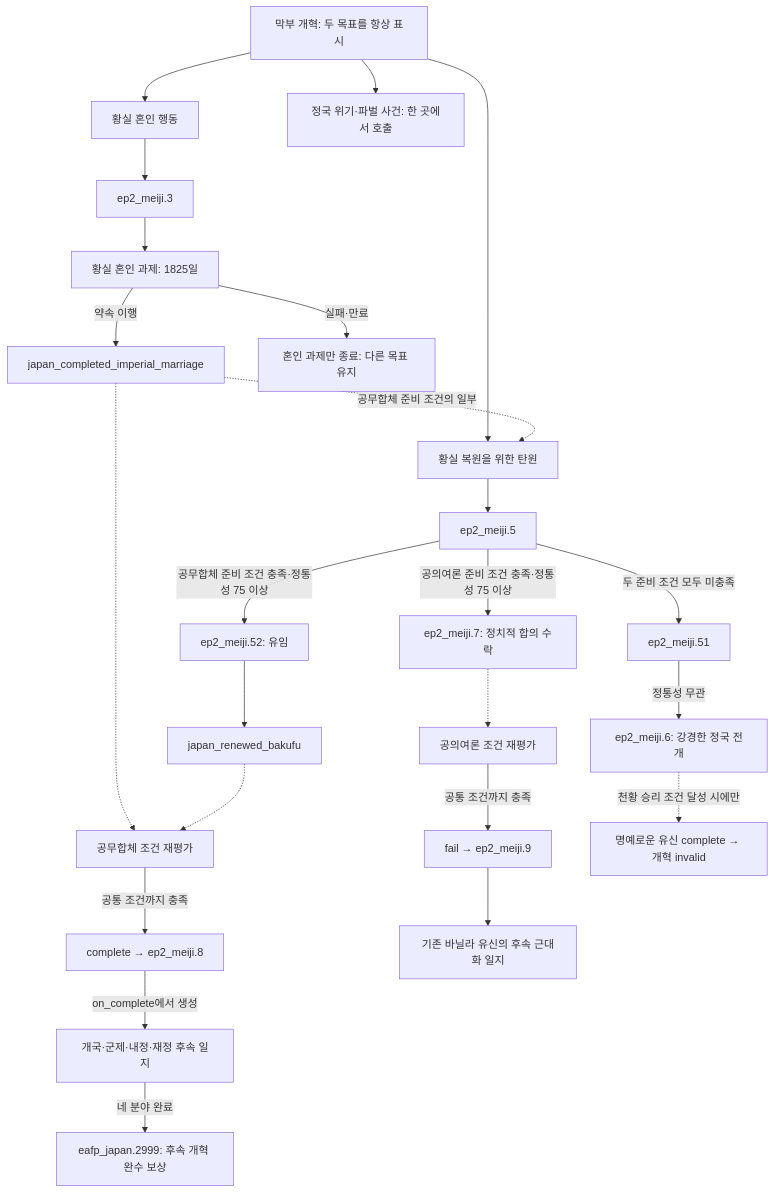
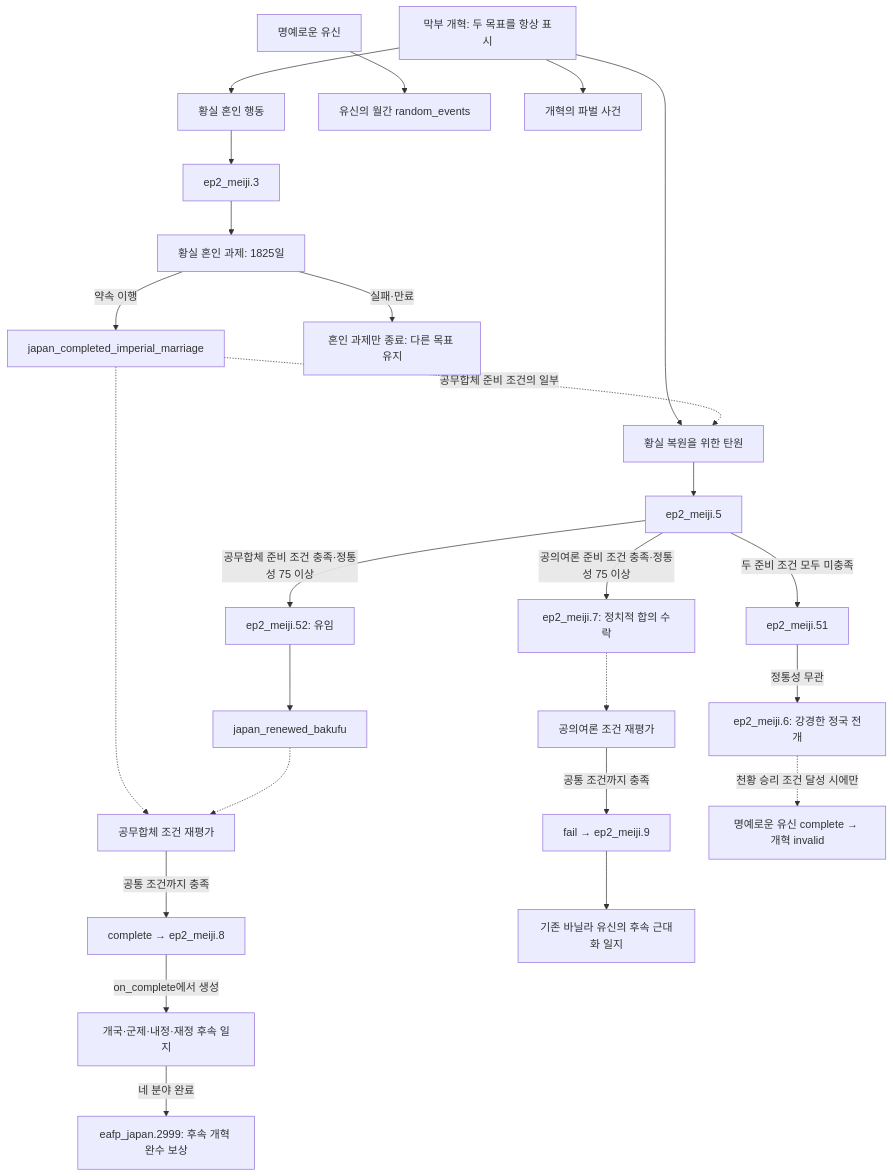
Before and after one commit to East-Asia-Flavor-Pack/East-Asia-Flavor-Pack: the second of 2 diagrams in documentation/bakufu_reform_journal_rework_plan.md, drawn with Mermaid. The commit also changed other lines of this file and 3 other files, not shown here.

````diff
--- a/documentation/bakufu_reform_journal_rework_plan.md
+++ b/documentation/bakufu_reform_journal_rework_plan.md
@@ -221,26 +221,27 @@
 ```mermaid
 flowchart TD
     R["막부 개혁: 두 목표를 항상 표시"] --> MBTN["황실 혼인 행동"]
     MBTN --> M3["ep2_meiji.3"]
     M3 --> MJ["황실 혼인 과제: 1825일"]
     MJ -->|약속 이행| MDONE["japan_completed_imperial_marriage"]
     MJ -->|실패·만료| MEND["혼인 과제만 종료: 다른 목표 유지"]
     R --> PB["황실 복원을 위한 탄원"]
     MDONE -. "공무합체 준비 조건의 일부" .-> PB
     PB --> E5["ep2_meiji.5"]
     E5 -->|공무합체 준비 조건 충족·정통성 75 이상| E52["ep2_meiji.52: 유임"]
     E52 --> RENEW["japan_renewed_bakufu"]
     E5 -->|공의여론 준비 조건 충족·정통성 75 이상| E7["ep2_meiji.7: 정치적 합의 수락"]
     E5 -->|두 준비 조건 모두 미충족| E51["ep2_meiji.51"]
     E51 -->|정통성 무관| E6["ep2_meiji.6: 강경한 정국 전개"]
     MDONE -.-> C["공무합체 조건 재평가"]
     RENEW -.-> C
     E7 -.-> K["공의여론 조건 재평가"]
     C -->|공통 조건까지 충족| E8["complete → ep2_meiji.8"]
     K -->|공통 조건까지 충족| E9["fail → ep2_meiji.9"]
     E8 -->|on_complete에서 생성| B["개국·군제·내정·재정 후속 일지"]
     B -->|네 분야 완료| B2999["eafp_japan.2999: 후속 개혁 완수 보상"]
     E9 --> VANILLA["기존 바닐라 유신의 후속 근대화 일지"]
     E6 -. "천황 승리 조건 달성 시에만" .-> LOSS["명예로운 유신 complete → 개혁 invalid"]
-    R --> PULSE["정국 위기·파벌 사건: 한 곳에서 호출"]
+    M["명예로운 유신"] --> PULSE["유신의 월간 random_events"]
+    R --> FACTION["개혁의 파벌 사건"]
 ```
````
